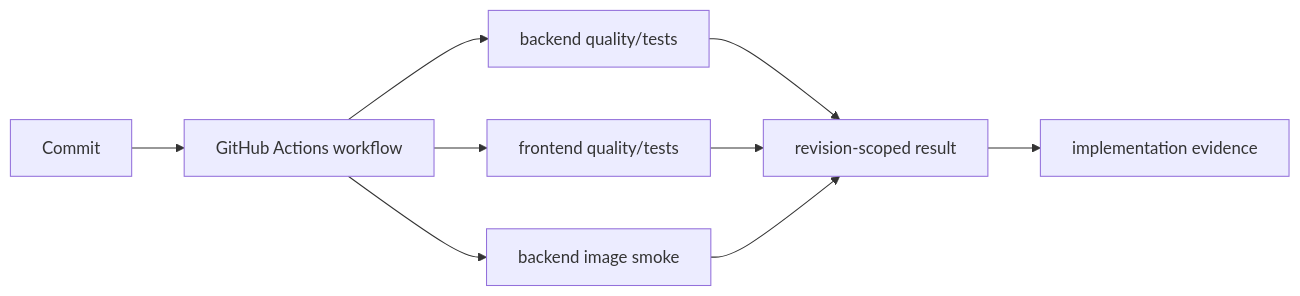
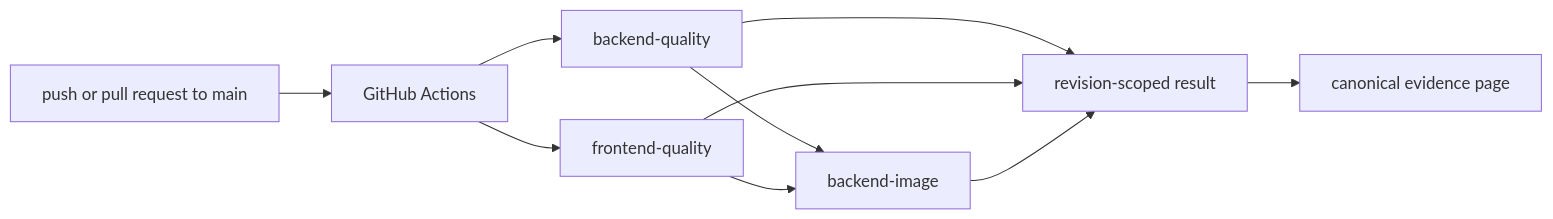
The first of 2 diagrams in docs/course/concepts/ci.md (levalencia/archon), drawn with Mermaid before and after one commit. The commit also changed other lines of this file and 8 other files, not shown here.

````diff
--- a/docs/course/concepts/ci.md
+++ b/docs/course/concepts/ci.md
@@ -12,11 +36,12 @@
 ```mermaid
 flowchart LR
-  Commit --> W[GitHub Actions workflow]
-  W --> B[backend quality/tests]
-  W --> F[frontend quality/tests]
-  W --> I[backend image smoke]
-  B --> Result[revision-scoped result]
-  F --> Result
-  I --> Result
-  Result --> E[implementation evidence]
+    C[push or pull request to main] --> G[GitHub Actions]
+    G --> B[backend-quality]
+    G --> F[frontend-quality]
+    B --> I[backend-image]
+    F --> I
+    B --> E[revision-scoped result]
+    F --> E
+    I --> E
+    E --> K[canonical evidence page]
 ```
````
